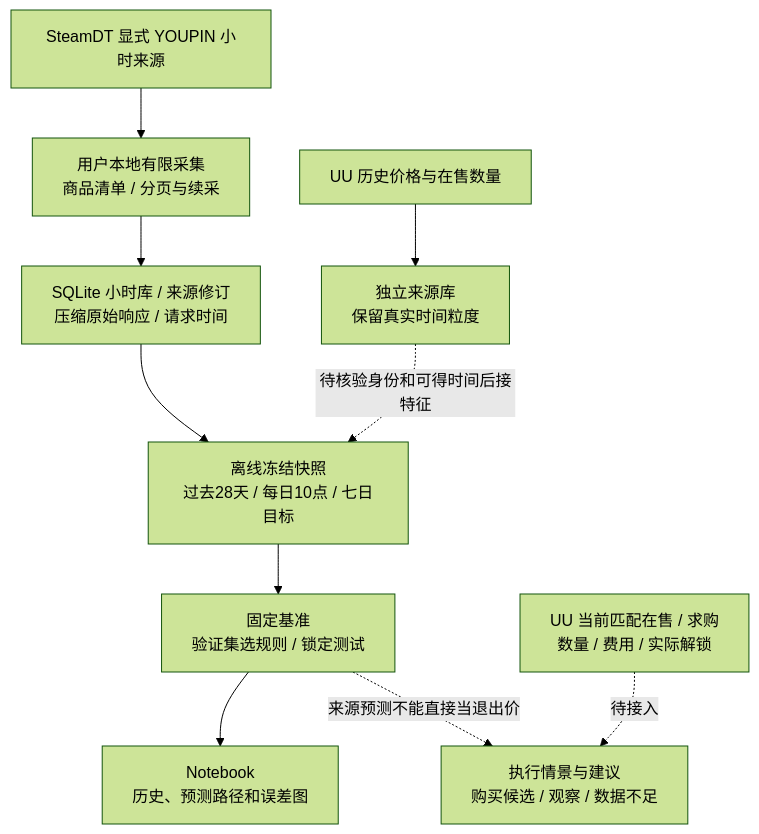
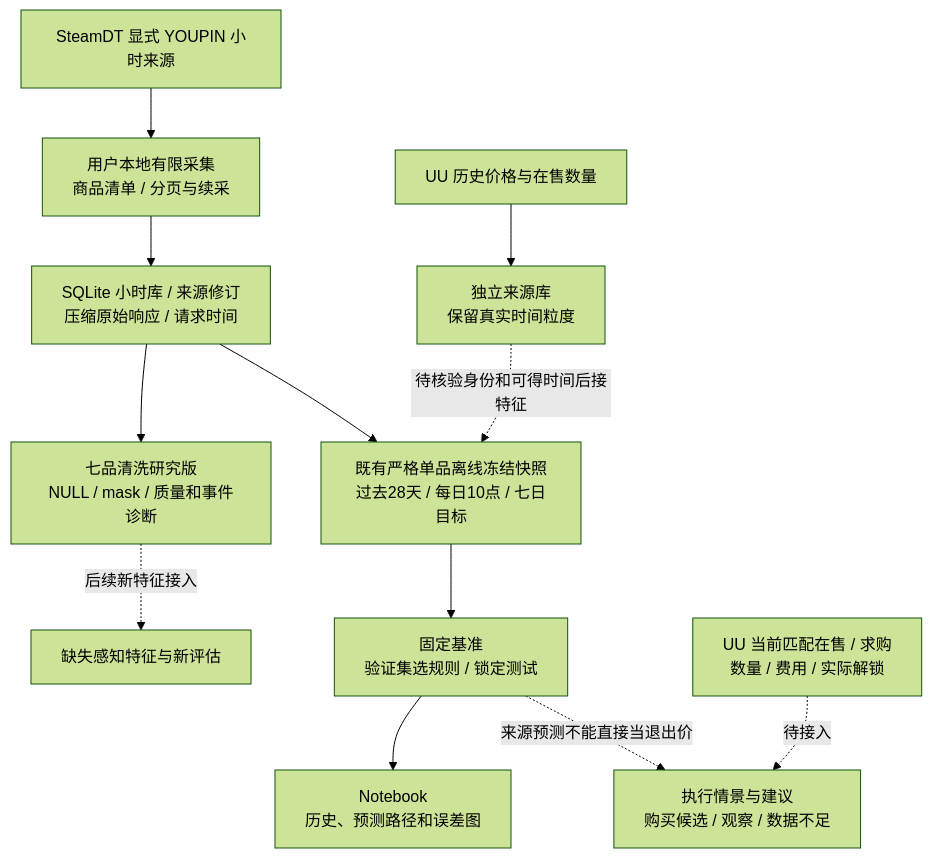
One commit to ChenBalfour/CS_YouOweMe changed the diagram in docs/ARCHITECTURE.md. Above: the diagram before and after it, drawn with Mermaid (forest theme). The commit also changed other lines of this file and 19 other files, not shown here.

````diff
--- a/docs/ARCHITECTURE.md
+++ b/docs/ARCHITECTURE.md
@@ -7,12 +7,14 @@
 ```mermaid
 flowchart TD
     S[SteamDT 显式 YOUPIN 小时来源] --> C[用户本地有限采集\n商品清单 / 分页与续采]
     C --> D[SQLite 小时库 / 来源修订\n压缩原始响应 / 请求时间]
-    D --> F[离线冻结快照\n过去28天 / 每日10点 / 七日目标]
+    D --> QC[七品清洗研究版\nNULL / mask / 质量和事件诊断]
+    QC -. 后续新特征接入 .-> NF[缺失感知特征与新评估]
+    D --> F[既有严格单品离线冻结快照\n过去28天 / 每日10点 / 七日目标]
     F --> E[固定基准\n验证集选规则 / 锁定测试]
     E --> V[Notebook\n历史、预测路径和误差图]
     U[UU 历史价格与在售数量] --> UD[独立来源库\n保留真实时间粒度]
     UD -. 待核验身份和可得时间后接特征 .-> F
     Q[UU 当前匹配在售 / 求购\n数量 / 费用 / 实际解锁] -. 待接入 .-> X[执行情景与建议\n购买候选 / 观察 / 数据不足]
     E -. 来源预测不能直接当退出价 .-> X
 ```
````
